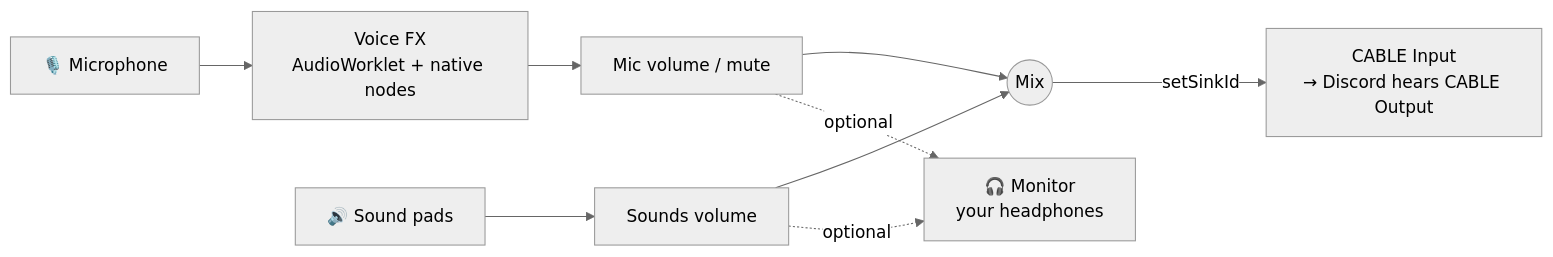
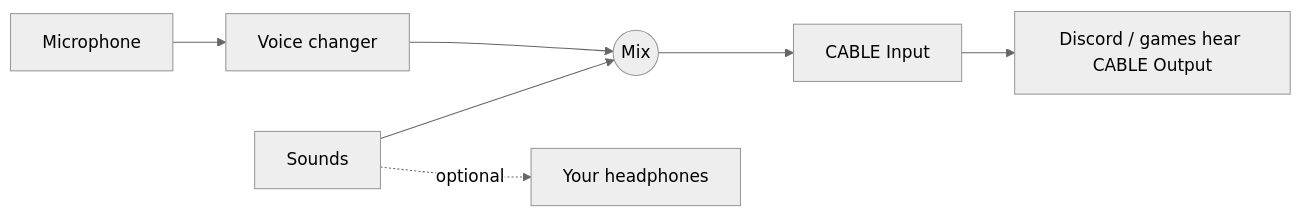
Before and after one commit to scopeddlol/virtboard: the diagram in README.md, drawn with Mermaid (neutral theme). The commit also changed other lines of this file and 63 other files, not shown here.

````diff
--- a/README.md
+++ b/README.md
@@ -168,11 +120,9 @@
 ```mermaid
 flowchart LR
-  Mic[🎙️ Microphone] --> FX[Voice FX<br/>AudioWorklet + native nodes]
-  FX --> MicVol[Mic volume / mute]
-  Sounds[🔊 Sound pads] --> SVol[Sounds volume]
-  MicVol --> Mix((Mix))
-  SVol --> Mix
-  Mix -->|setSinkId| Cable[CABLE Input<br/>→ Discord hears CABLE Output]
-  SVol -. optional .-> Mon[🎧 Monitor<br/>your headphones]
-  MicVol -. optional .-> Mon
+  Mic[Microphone] --> FX[Voice changer]
+  FX --> Mix((Mix))
+  Sounds[Sounds] --> Mix
+  Mix --> Cable[CABLE Input]
+  Cable --> Apps[Discord / games hear CABLE Output]
+  Sounds -. optional .-> Phones[Your headphones]
 ```
````
